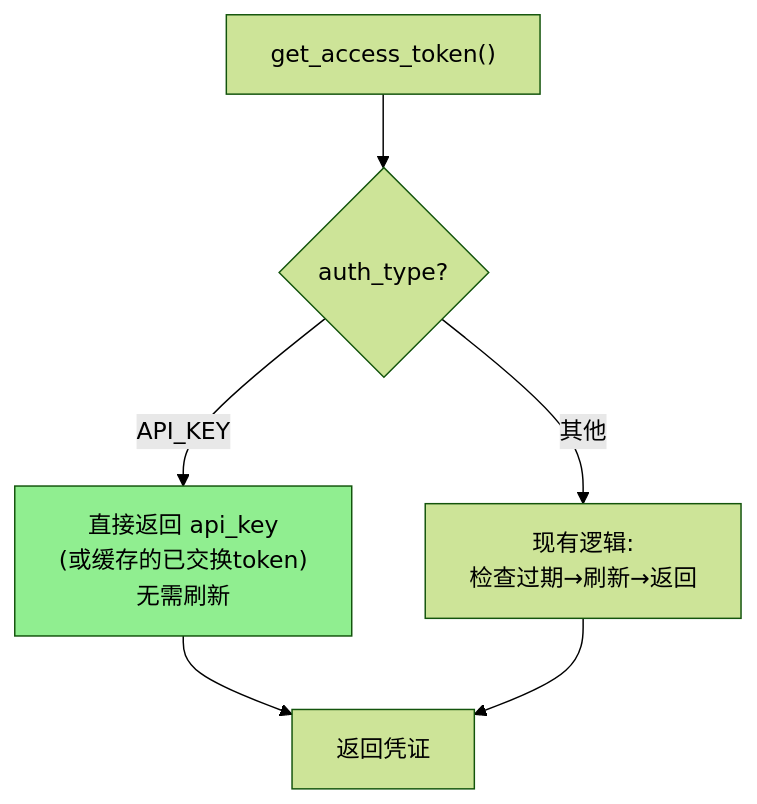
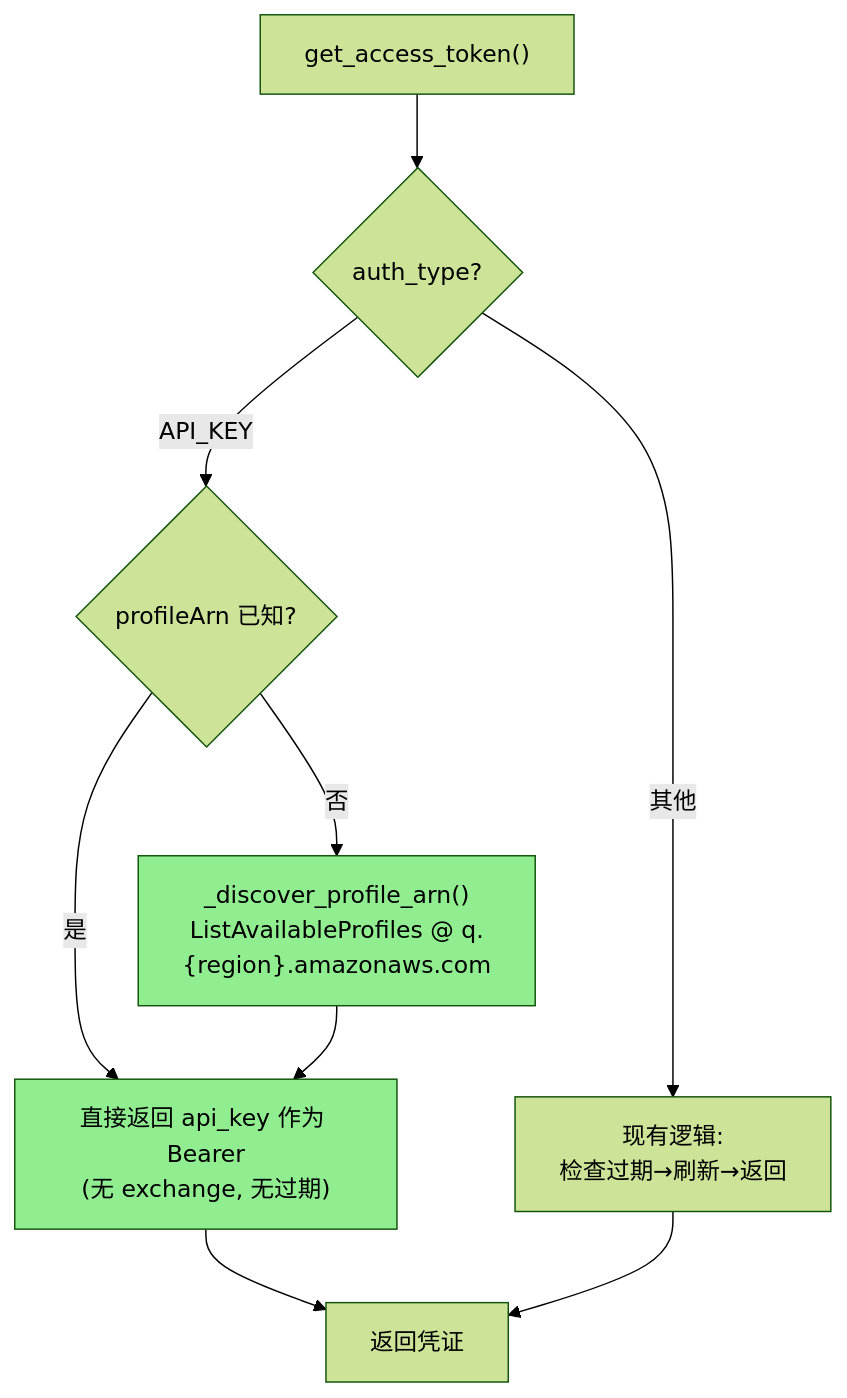
Before and after one commit to liangyimingcom/kiro-gateway_jwadow: diagram 12 of 18 in docs/zh/API_KEY_AUTH_DESIGN.md, drawn with Mermaid (forest theme). The commit also changed other lines of this file and 7 other files, not shown here.

First line of the commit message:
fix(auth): correct API Key protocol to direct Bearer + profile discovery

````diff
--- a/docs/zh/API_KEY_AUTH_DESIGN.md
+++ b/docs/zh/API_KEY_AUTH_DESIGN.md
@@ -315,11 +345,15 @@
 ```mermaid
 flowchart TD
     GET["get_access_token()"] --> TYPE{auth_type?}
-    TYPE -->|API_KEY| DIRECT["直接返回 api_key<br/>(或缓存的已交换token)<br/>无需刷新"]
+    TYPE -->|API_KEY| HAVE{profileArn 已知?}
+    HAVE -->|否| DISC["_discover_profile_arn()<br/>ListAvailableProfiles @ q.{region}.amazonaws.com"]
+    HAVE -->|是| RETKEY
+    DISC --> RETKEY["直接返回 api_key 作为 Bearer<br/>(无 exchange, 无过期)"]
     TYPE -->|其他| EXISTING["现有逻辑:<br/>检查过期→刷新→返回"]
 
-    DIRECT --> RET["返回凭证"]
+    RETKEY --> RET["返回凭证"]
     EXISTING --> RET
 
-    style DIRECT fill:#90EE90
+    style RETKEY fill:#90EE90
+    style DISC fill:#90EE90
 ```
````
